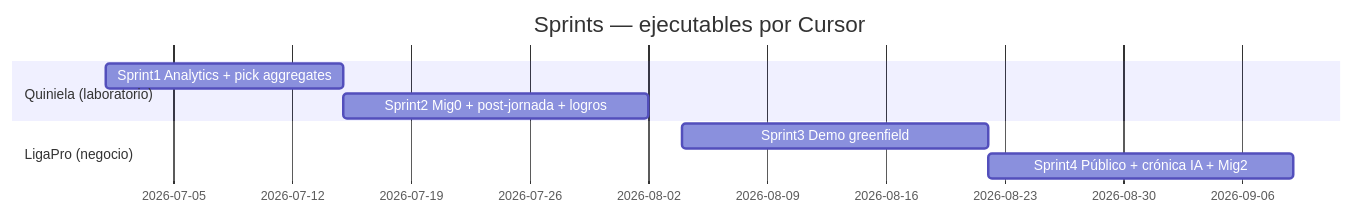
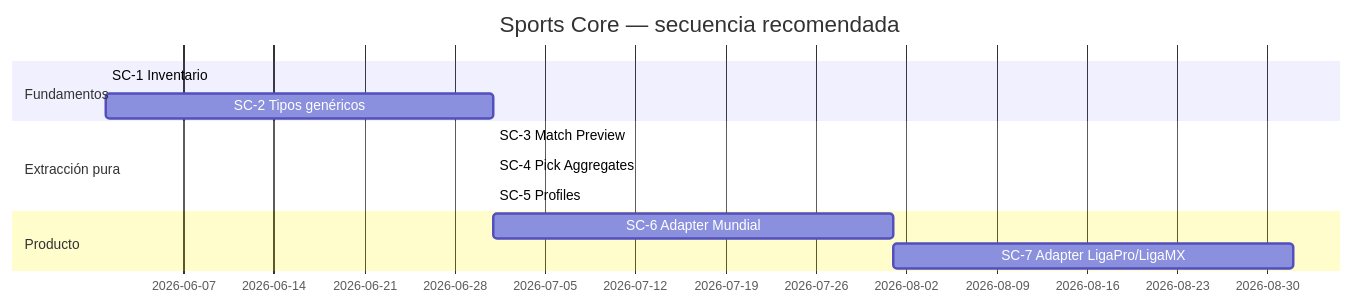
Before and after one commit to jonyts25/mundial-compas: the second of 2 diagrams in SPORTS_CORE_MASTERPLAN.md, drawn with Mermaid. The commit also changed other lines of this file, not shown here.

Commit message:
docs: add Sports Core masterplan

````diff
--- a/SPORTS_CORE_MASTERPLAN.md
+++ b/SPORTS_CORE_MASTERPLAN.md
@@ -534,11 +500,15 @@
 ```mermaid
 gantt
-  title Sprints — ejecutables por Cursor
-  dateFormat YYYY-MM-DD
-  section Quiniela (laboratorio)
-  Sprint1 Analytics + pick aggregates :2026-07-01, 14d
-  Sprint2 Mig0 + post-jornada + logros :2026-07-15, 18d
-  section LigaPro (negocio)
-  Sprint3 Demo greenfield :2026-08-04, 18d
-  Sprint4 Público + crónica IA + Mig2 :2026-08-22, 18d
+  title Sports Core — secuencia recomendada
+  dateFormat YYYY-MM
+  section Fundamentos
+  SC-1 Inventario           :done, sc1, 2026-06, 2026-06
+  SC-2 Tipos genéricos      :sc2, 2026-06, 2026-07
+  section Extracción pura
+  SC-3 Match Preview        :sc3, after sc2, 2026-07
+  SC-4 Pick Aggregates      :sc4, after sc3, 2026-07
+  SC-5 Profiles             :sc5, after sc4, 2026-07
+  section Producto
+  SC-6 Adapter Mundial      :sc6, after sc5, 2026-08
+  SC-7 Adapter LigaPro/LigaMX :sc7, after sc6, 2026-09
 ```
````
